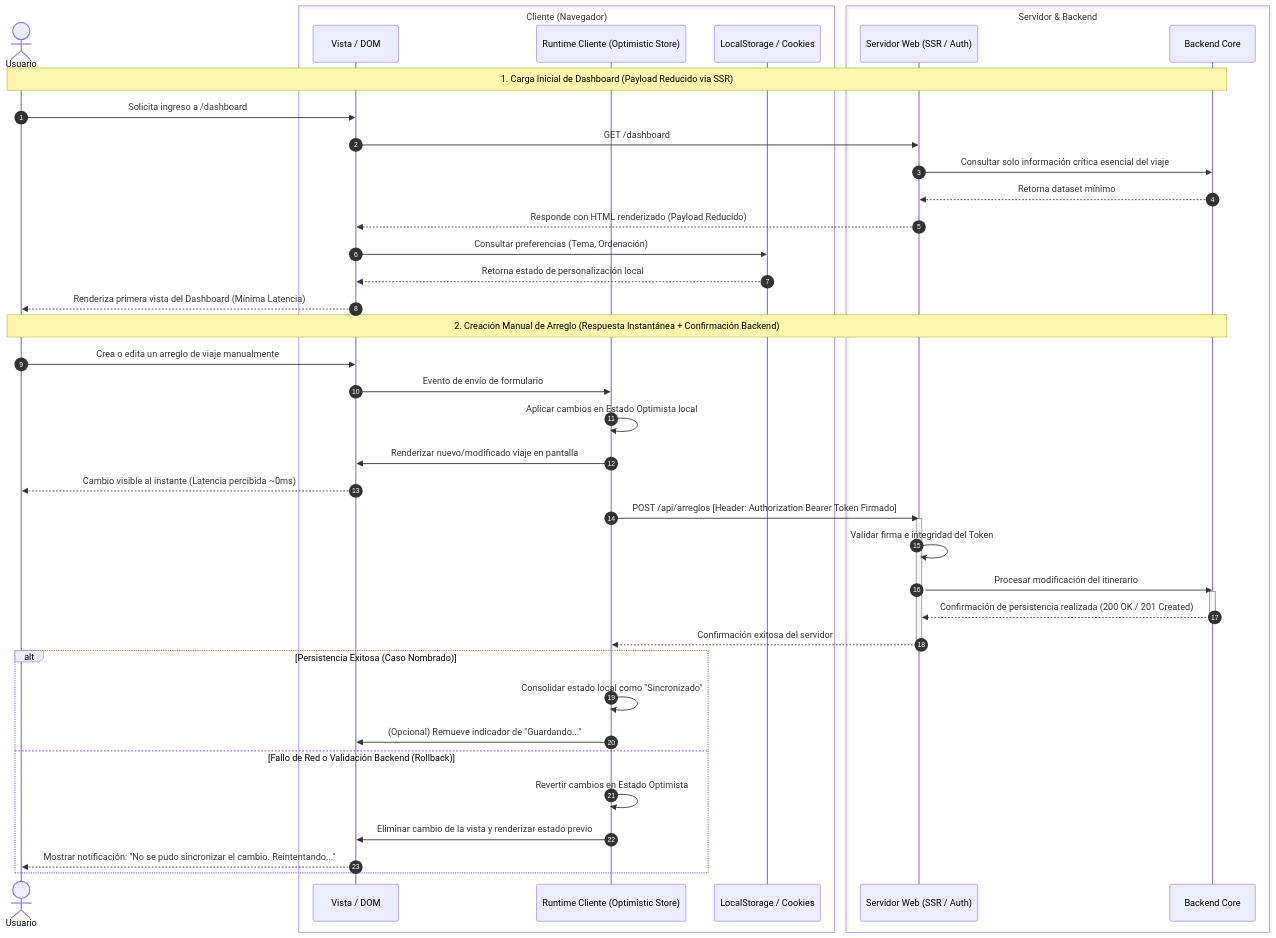
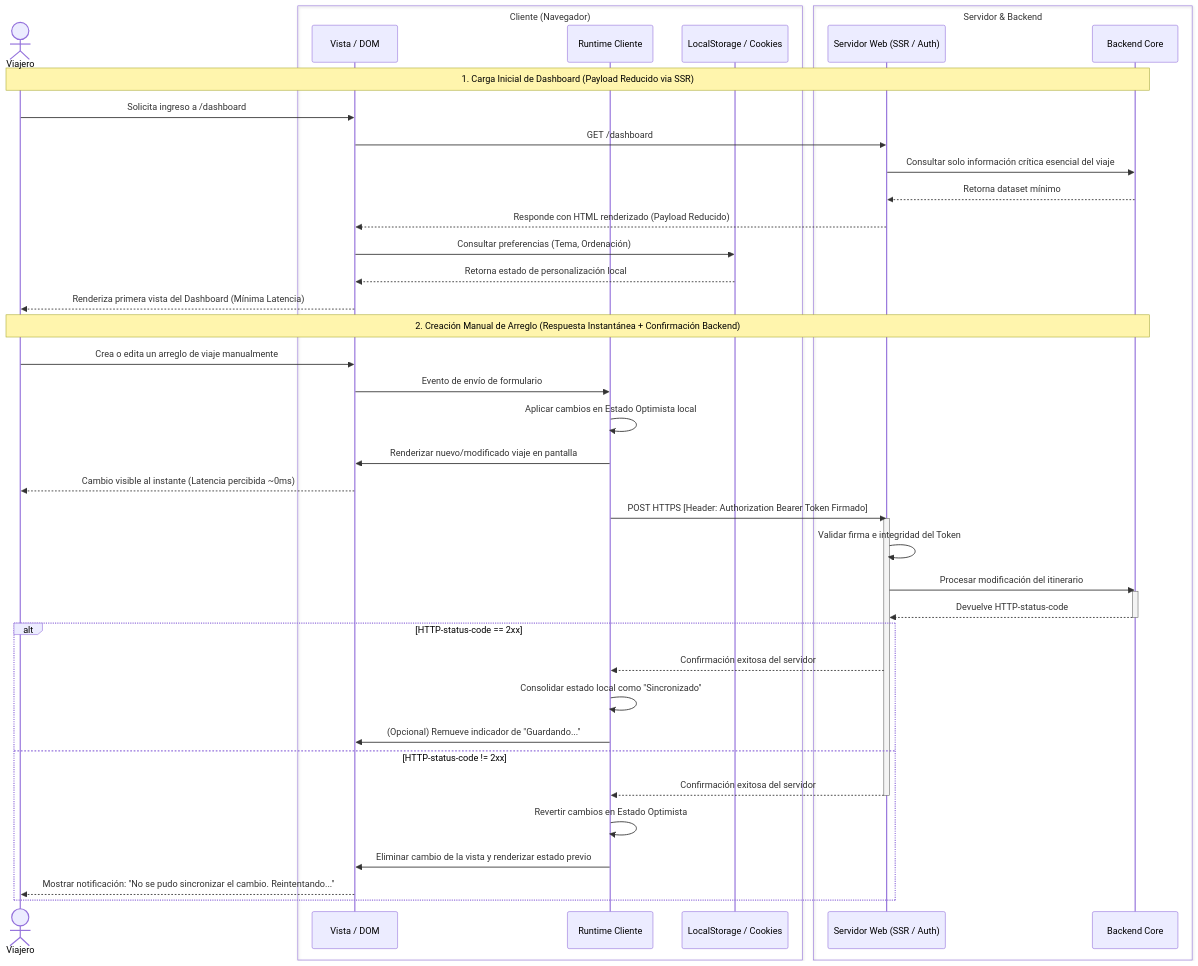
One commit to nicolas-wai/trotamundos changed the third of 3 diagrams in docs/02-add/iteracion-5.md. Above: the diagram before and after it, drawn with Mermaid. The commit also changed other lines of this file and 1 other file, not shown here.

Commit message:
Fixes iteracion 5

````diff
--- a/docs/02-add/iteracion-5.md
+++ b/docs/02-add/iteracion-5.md
@@ -128,60 +128,62 @@
 ```mermaid
 sequenceDiagram
-    autonumber
-    actor U as Usuario
-
+    actor U as Viajero
+    
     box Cliente (Navegador)
         participant UI as Vista / DOM
-        participant CR as Runtime Cliente (Optimistic Store)
+        participant CR as Runtime Cliente
         participant LS as LocalStorage / Cookies
     end
 
     box Servidor & Backend
         participant WS as Servidor Web (SSR / Auth)
         participant Core as Backend Core
     end
 
     %% ESCENARIO 1: Carga Inicial de Dashboard
     Note over U, Core: 1. Carga Inicial de Dashboard (Payload Reducido via SSR)
     U->>UI: Solicita ingreso a /dashboard
     UI->>WS: GET /dashboard
     WS->>Core: Consultar solo información crítica esencial del viaje
     Core-->>WS: Retorna dataset mínimo
     WS-->>UI: Responde con HTML renderizado (Payload Reducido)
 
     UI->>LS: Consultar preferencias (Tema, Ordenación)
     LS-->>UI: Retorna estado de personalización local
     UI-->>U: Renderiza primera vista del Dashboard (Mínima Latencia)
 
     %% ESCENARIO 2: Creación/Edición Manual (Optimistic Update)
     Note over U, Core: 2. Creación Manual de Arreglo (Respuesta Instantánea + Confirmación Backend)
     U->>UI: Crea o edita un arreglo de viaje manualmente
     UI->>CR: Evento de envío de formulario
 
     %% Paso Optimista Local (Instantáneo)
     CR->>CR: Aplicar cambios en Estado Optimista local
     CR->>UI: Renderizar nuevo/modificado viaje en pantalla
     UI-->>U: Cambio visible al instante (Latencia percibida ~0ms)
 
     %% Comunicación Asíncrona con Backend
-    CR->>WS: POST /api/arreglos [Header: Authorization Bearer Token Firmado]
+    CR->>WS: POST HTTPS [Header: Authorization Bearer Token Firmado]
     activate WS
     WS->>WS: Validar firma e integridad del Token
     WS->>Core: Procesar modificación del itinerario
     activate Core
-    Core-->>WS: Confirmación de persistencia realizada (200 OK / 201 Created)
+    Core-->>WS: Devuelve HTTP-status-code
     deactivate Core
-    WS-->>CR: Confirmación exitosa del servidor
-    deactivate WS
+
 
     %% Confirmación o Reversión de Estado
-    alt Persistencia Exitosa (Caso Nombrado)
+    alt HTTP-status-code == 2xx
+        WS-->>CR: Confirmación exitosa del servidor
         CR->>CR: Consolidar estado local como "Sincronizado"
         CR->>UI: (Opcional) Remueve indicador de "Guardando..."
-    else Fallo de Red o Validación Backend (Rollback)
+    else HTTP-status-code != 2xx
+        WS-->>CR: Confirmación exitosa del servidor
+        deactivate WS
         CR->>CR: Revertir cambios en Estado Optimista
         CR->>UI: Eliminar cambio de la vista y renderizar estado previo
         UI-->>U: Mostrar notificación: "No se pudo sincronizar el cambio. Reintentando..."
     end
+    
 
 ```
````
